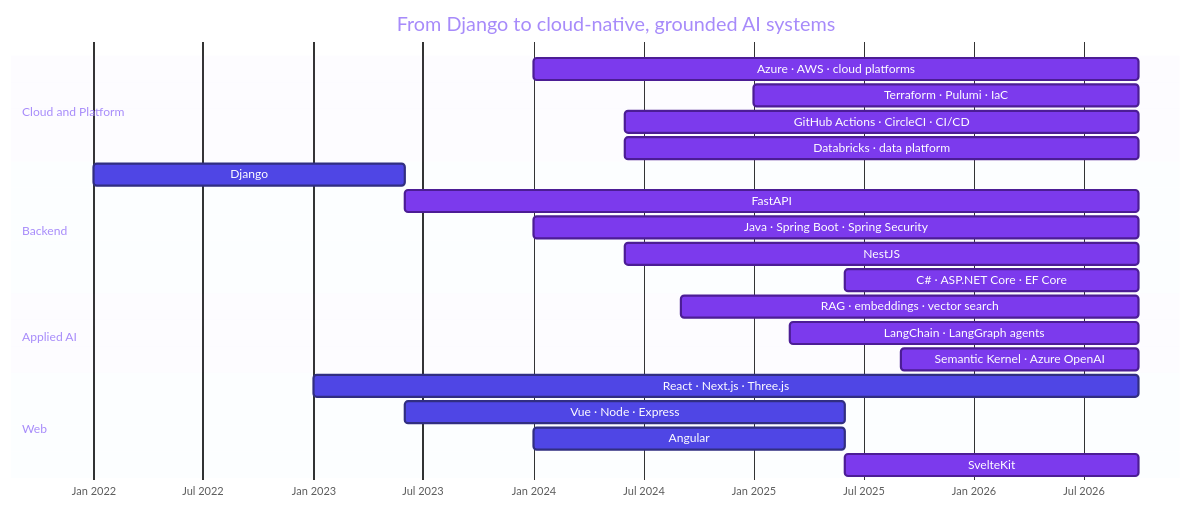
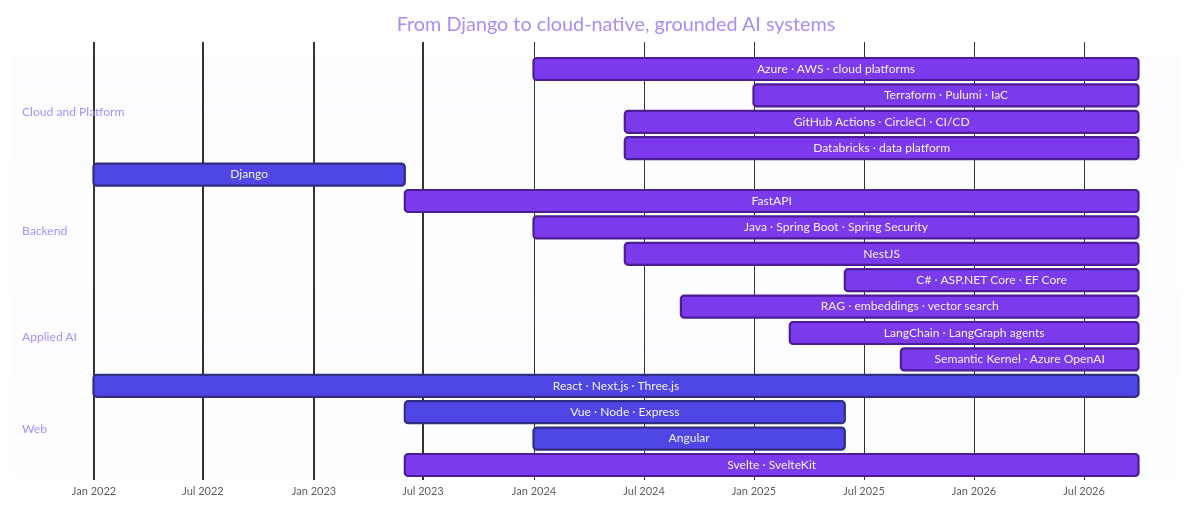
The fourth of 4 diagrams in README.md (saoshyant-mansouri/saoshyant-mansouri), drawn with Mermaid before and after one commit. The commit also changed other lines of this file, not shown here.

Commit message:
Remove streak card, correct React and Svelte start dates

````diff
--- a/README.md
+++ b/README.md
@@ -256,32 +254,32 @@
 ```mermaid
 %%{init: {'theme':'base','themeVariables':{'fontFamily':'ui-sans-serif, system-ui','fontSize':'13px','titleColor':'#A78BFA','sectionBkgColor':'#8B5CF618','altSectionBkgColor':'#06B6D410','sectionBkgColor2':'#8B5CF618','gridColor':'#8B949E55','todayLineColor':'#F59E0B','taskBkgColor':'#0E7490','taskBorderColor':'#164E63','activeTaskBkgColor':'#7C3AED','activeTaskBorderColor':'#4C1D95','doneTaskBkgColor':'#4F46E5','doneTaskBorderColor':'#312E81','critBkgColor':'#BE123C','critBorderColor':'#881337','taskTextColor':'#FFFFFF','taskTextDarkColor':'#FFFFFF','taskTextLightColor':'#FFFFFF','taskTextOutsideColor':'#8B949E'}}}%%
 gantt
     title From Django to cloud-native, grounded AI systems
     dateFormat YYYY-MM
     axisFormat %b %Y
     tickInterval 6month
 
     section Cloud and Platform
     Azure · AWS · cloud platforms        :active, c1, 2024-01, 2026-10
     Terraform · Pulumi · IaC             :active, c2, 2025-01, 2026-10
     GitHub Actions · CircleCI · CI/CD    :active, c3, 2024-06, 2026-10
     Databricks · data platform           :active, c4, 2024-06, 2026-10
 
     section Backend
     Django                               :done, b1, 2022-01, 2023-06
     FastAPI                              :active, b2, 2023-06, 2026-10
     Java · Spring Boot · Spring Security :active, b3, 2024-01, 2026-10
     NestJS                               :active, b4, 2024-06, 2026-10
     C# · ASP.NET Core · EF Core          :active, b5, 2025-06, 2026-10
 
     section Applied AI
     RAG · embeddings · vector search     :active, a1, 2024-09, 2026-10
     LangChain · LangGraph agents         :active, a2, 2025-03, 2026-10
     Semantic Kernel · Azure OpenAI       :active, a3, 2025-09, 2026-10
 
     section Web
-    React · Next.js · Three.js           :done, w1, 2023-01, 2026-10
+    React · Next.js · Three.js           :done, w1, 2022-01, 2026-10
     Vue · Node · Express                 :done, w2, 2023-06, 2025-06
     Angular                              :done, w3, 2024-01, 2025-06
-    SvelteKit                            :active, w4, 2025-06, 2026-10
+    Svelte · SvelteKit                   :active, w4, 2023-06, 2026-10
 ```
````
